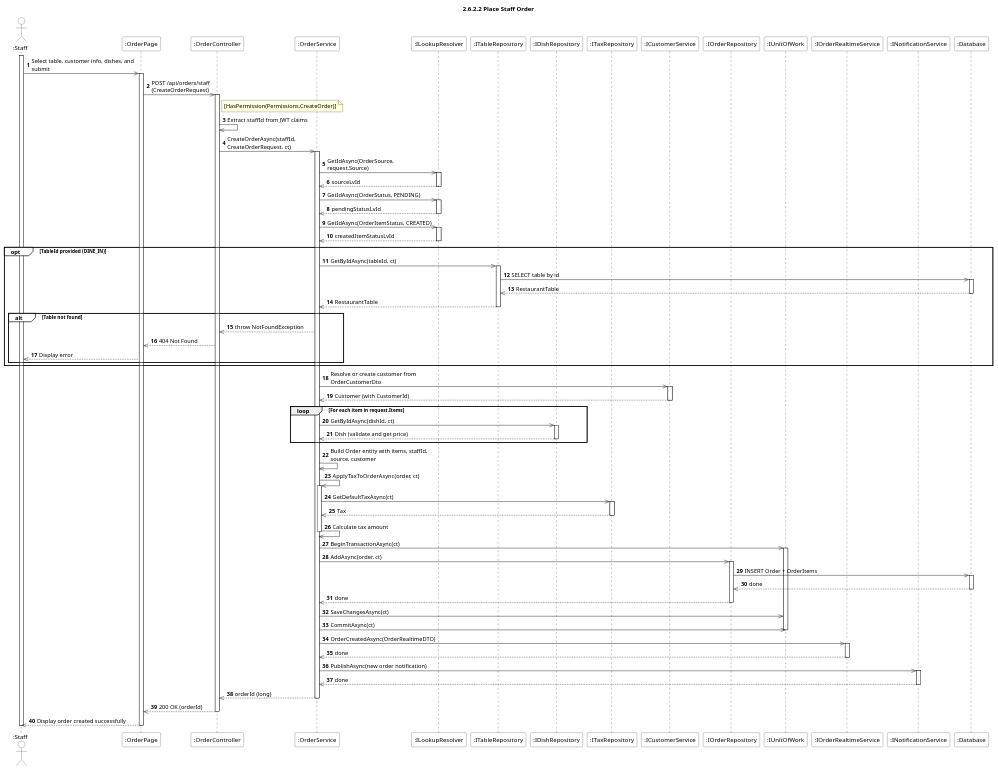
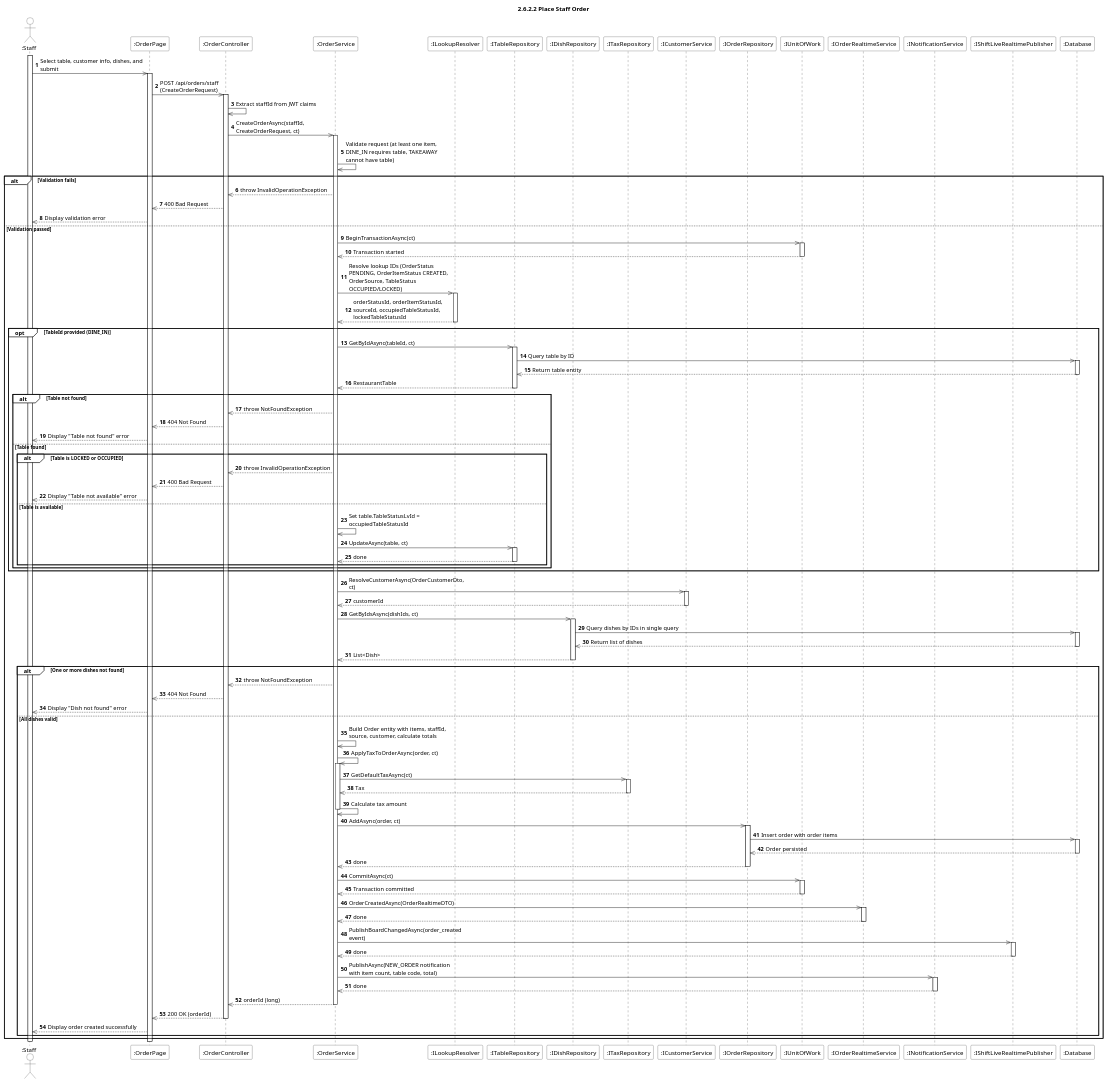
The diagram in Docs/Software Design Specification/Order Management/sequence-diagrams/2.6.2.2-place-staff-order.puml (aulacvietnameseeatery-source/aulac_be), drawn with PlantUML before and after one commit. The commit also changed 21 other files, not shown here.

```diff
--- a/Docs/Software Design Specification/Order Management/sequence-diagrams/2.6.2.2-place-staff-order.puml
+++ b/Docs/Software Design Specification/Order Management/sequence-diagrams/2.6.2.2-place-staff-order.puml
@@ -1,133 +1,161 @@
 @startuml
 title 2.6.2.2 Place Staff Order
 
 skinparam maxMessageSize 250
 skinparam sequence {
     ParticipantBackgroundColor #ffffff
     ActorBackgroundColor #ffffff
 }
 
 autonumber
 
 actor ":Staff" as U
 participant ":OrderPage" as Client
 participant ":OrderController" as Ctrl
 participant ":OrderService" as Svc
 participant ":ILookupResolver" as Lookup
 participant ":ITableRepository" as TableRepo
 participant ":IDishRepository" as DishRepo
 participant ":ITaxRepository" as TaxRepo
 participant ":ICustomerService" as CustSvc
 participant ":IOrderRepository" as OrderRepo
 participant ":IUnitOfWork" as UoW
 participant ":IOrderRealtimeService" as Realtime
 participant ":INotificationService" as Notif
+participant ":IShiftLiveRealtimePublisher" as ShiftLive
 participant ":Database" as DB
 
 activate U
 
 U ->> Client : Select table, customer info, dishes, and submit
 activate Client
 
 Client ->> Ctrl : POST /api/orders/staff (CreateOrderRequest)
 activate Ctrl
 
-note right of Ctrl : [HasPermission(Permissions.CreateOrder)]
 Ctrl ->> Ctrl : Extract staffId from JWT claims
 
 Ctrl ->> Svc : CreateOrderAsync(staffId, CreateOrderRequest, ct)
 activate Svc
 
-Svc ->> Lookup : GetIdAsync(OrderSource, request.Source)
-activate Lookup
-Lookup -->> Svc : sourceLvId
-deactivate Lookup
+Svc ->> Svc : Validate request (at least one item, DINE_IN requires table, TAKEAWAY cannot have table)
 
-Svc ->> Lookup : GetIdAsync(OrderStatus, PENDING)
-activate Lookup
-Lookup -->> Svc : pendingStatusLvId
-deactivate Lookup
+alt#White Validation fails
+    Svc -->> Ctrl : throw InvalidOperationException
+    Ctrl -->> Client : 400 Bad Request
+    Client -->> U : Display validation error
+else Validation passed
 
-Svc ->> Lookup : GetIdAsync(OrderItemStatus, CREATED)
-activate Lookup
-Lookup -->> Svc : createdItemStatusLvId
-deactivate Lookup
+    Svc ->> UoW : BeginTransactionAsync(ct)
+    activate UoW
+    UoW -->> Svc : Transaction started
+    deactivate UoW
 
-opt#White TableId provided (DINE_IN)
-    Svc ->> TableRepo : GetByIdAsync(tableId, ct)
-    activate TableRepo
-    TableRepo ->> DB : SELECT table by id
+    Svc ->> Lookup : Resolve lookup IDs (OrderStatus PENDING, OrderItemStatus CREATED, OrderSource, TableStatus OCCUPIED/LOCKED)
+    activate Lookup
+    Lookup -->> Svc : orderStatusId, orderItemStatusId, sourceId, occupiedTableStatusId, lockedTableStatusId
+    deactivate Lookup
+
+    opt#White TableId provided (DINE_IN)
+        Svc ->> TableRepo : GetByIdAsync(tableId, ct)
+        activate TableRepo
+        TableRepo ->> DB : Query table by ID
+        activate DB
+        DB -->> TableRepo : Return table entity
+        deactivate DB
+        TableRepo -->> Svc : RestaurantTable
+        deactivate TableRepo
+
+        alt#White Table not found
+            Svc -->> Ctrl : throw NotFoundException
+            Ctrl -->> Client : 404 Not Found
+            Client -->> U : Display "Table not found" error
+        else Table found
+            alt#White Table is LOCKED or OCCUPIED
+                Svc -->> Ctrl : throw InvalidOperationException
+                Ctrl -->> Client : 400 Bad Request
+                Client -->> U : Display "Table not available" error
+            else Table is available
+                Svc ->> Svc : Set table.TableStatusLvId = occupiedTableStatusId
+                Svc ->> TableRepo : UpdateAsync(table, ct)
+                activate TableRepo
+                TableRepo -->> Svc : done
+                deactivate TableRepo
+            end
+        end
+    end
+
+    Svc ->> CustSvc : ResolveCustomerAsync(OrderCustomerDto, ct)
+    activate CustSvc
+    CustSvc -->> Svc : customerId
+    deactivate CustSvc
+
+    Svc ->> DishRepo : GetByIdsAsync(dishIds, ct)
+    activate DishRepo
+    DishRepo ->> DB : Query dishes by IDs in single query
     activate DB
-    DB -->> TableRepo : RestaurantTable
+    DB -->> DishRepo : Return list of dishes
     deactivate DB
-    TableRepo -->> Svc : RestaurantTable
-    deactivate TableRepo
+    DishRepo -->> Svc : List<Dish>
+    deactivate DishRepo
 
-    alt#White Table not found
+    alt#White One or more dishes not found
         Svc -->> Ctrl : throw NotFoundException
         Ctrl -->> Client : 404 Not Found
-        Client -->> U : Display error
+        Client -->> U : Display "Dish not found" error
+    else All dishes valid
+
+        Svc ->> Svc : Build Order entity with items, staffId, source, customer, calculate totals
+
+        Svc ->> Svc : ApplyTaxToOrderAsync(order, ct)
+        activate Svc
+        Svc ->> TaxRepo : GetDefaultTaxAsync(ct)
+        activate TaxRepo
+        TaxRepo -->> Svc : Tax
+        deactivate TaxRepo
+        Svc ->> Svc : Calculate tax amount
+        deactivate Svc
+
+        Svc ->> OrderRepo : AddAsync(order, ct)
+        activate OrderRepo
+        OrderRepo ->> DB : Insert order with order items
+        activate DB
+        DB -->> OrderRepo : Order persisted
+        deactivate DB
+        OrderRepo -->> Svc : done
+        deactivate OrderRepo
+
+        Svc ->> UoW : CommitAsync(ct)
+        activate UoW
+        UoW -->> Svc : Transaction committed
+        deactivate UoW
+
+        Svc ->> Realtime : OrderCreatedAsync(OrderRealtimeDTO)
+        activate Realtime
+        Realtime -->> Svc : done
+        deactivate Realtime
+
+        Svc ->> ShiftLive : PublishBoardChangedAsync(order_created event)
+        activate ShiftLive
+        ShiftLive -->> Svc : done
+        deactivate ShiftLive
+
+        Svc ->> Notif : PublishAsync(NEW_ORDER notification with item count, table code, total)
+        activate Notif
+        Notif -->> Svc : done
+        deactivate Notif
+
+        Svc -->> Ctrl : orderId (long)
+        deactivate Svc
+
+        Ctrl -->> Client : 200 OK (orderId)
+        deactivate Ctrl
+
+        Client -->> U : Display order created successfully
     end
 end
-
-Svc ->> CustSvc : Resolve or create customer from OrderCustomerDto
-activate CustSvc
-CustSvc -->> Svc : Customer (with CustomerId)
-deactivate CustSvc
-
-loop For each item in request.Items
-    Svc ->> DishRepo : GetByIdAsync(dishId, ct)
-    activate DishRepo
-    DishRepo -->> Svc : Dish (validate and get price)
-    deactivate DishRepo
-end
-
-Svc ->> Svc : Build Order entity with items, staffId, source, customer
-
-Svc ->> Svc : ApplyTaxToOrderAsync(order, ct)
-activate Svc
-Svc ->> TaxRepo : GetDefaultTaxAsync(ct)
-activate TaxRepo
-TaxRepo -->> Svc : Tax
-deactivate TaxRepo
-Svc ->> Svc : Calculate tax amount
-deactivate Svc
-
-Svc ->> UoW : BeginTransactionAsync(ct)
-activate UoW
-
-Svc ->> OrderRepo : AddAsync(order, ct)
-activate OrderRepo
-OrderRepo ->> DB : INSERT Order + OrderItems
-activate DB
-DB -->> OrderRepo : done
-deactivate DB
-OrderRepo -->> Svc : done
-deactivate OrderRepo
-
-Svc ->> UoW : SaveChangesAsync(ct)
-Svc ->> UoW : CommitAsync(ct)
-deactivate UoW
-
-Svc ->> Realtime : OrderCreatedAsync(OrderRealtimeDTO)
-activate Realtime
-Realtime -->> Svc : done
-deactivate Realtime
-
-Svc ->> Notif : PublishAsync(new order notification)
-activate Notif
-Notif -->> Svc : done
-deactivate Notif
-
-Svc -->> Ctrl : orderId (long)
-deactivate Svc
-
-Ctrl -->> Client : 200 OK (orderId)
-deactivate Ctrl
-
-Client -->> U : Display order created successfully
 
 deactivate Client
 deactivate U
 
 @enduml
```
